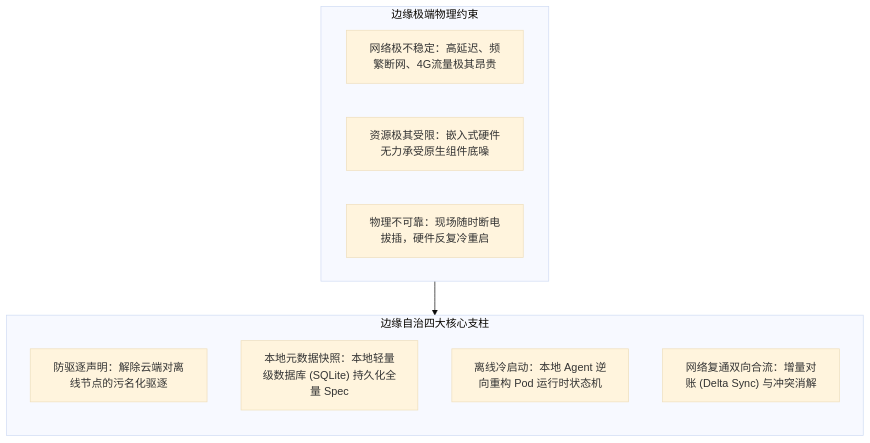
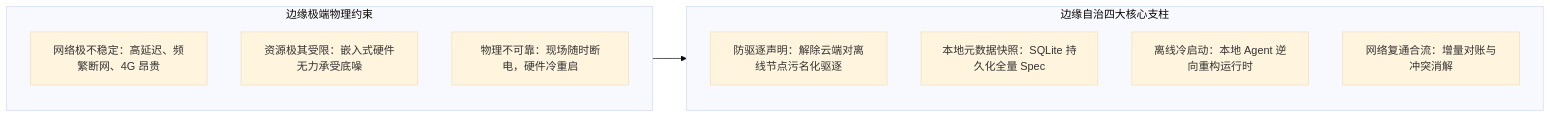
One commit to MoreConsequence/MoreConsequence.github.io changed the first of 5 diagrams in content/posts/kubernetes-internals/k8s-18-edge-computing-kubeedge-openyurt.md. Above: the diagram before and after it, drawn with Mermaid (base theme). The commit also changed other lines of this file and 835 other files, not shown here.

First line of the commit message:
feat(blog): 全站33篇新增深度专栏与博文全量审核上线及矢量图表优化

````diff
--- a/content/posts/kubernetes-internals/k8s-18-edge-computing-kubeedge-openyurt.md
+++ b/content/posts/kubernetes-internals/k8s-18-edge-computing-kubeedge-openyurt.md
@@ -41,18 +41,19 @@
 ```mermaid
-flowchart TD
+flowchart LR
     subgraph EdgeChallenge["边缘极端物理约束"]
-        C1["网络极不稳定：高延迟、频繁断网、4G流量极其昂贵"]
-        C2["资源极其受限：嵌入式硬件无力承受原生组件底噪"]
-        C3["物理不可靠：现场随时断电拔插，硬件反复冷重启"]
+        direction TB
+        C1["网络极不稳定：高延迟、频繁断网、4G 昂贵"]
+        C2["资源极其受限：嵌入式硬件无力承受底噪"]
+        C3["物理不可靠：现场随时断电，硬件冷重启"]
     end
 
     subgraph CoreMechanism["边缘自治四大核心支柱"]
         direction TB
-        M1["防驱逐声明：解除云端对离线节点的污名化驱逐"]
-        M2["本地元数据快照：本地轻量级数据库 (SQLite) 持久化全量 Spec"]
-        M3["离线冷启动：本地 Agent 逆向重构 Pod 运行时状态机"]
-        M4["网络复通双向合流：增量对账 (Delta Sync) 与冲突消解"]
+        M1["防驱逐声明：解除云端对离线节点污名化驱逐"]
+        M2["本地元数据快照：SQLite 持久化全量 Spec"]
+        M3["离线冷启动：本地 Agent 逆向重构运行时"]
+        M4["网络复通合流：增量对账与冲突消解"]
     end
 
     EdgeChallenge --> CoreMechanism
 ```
````
